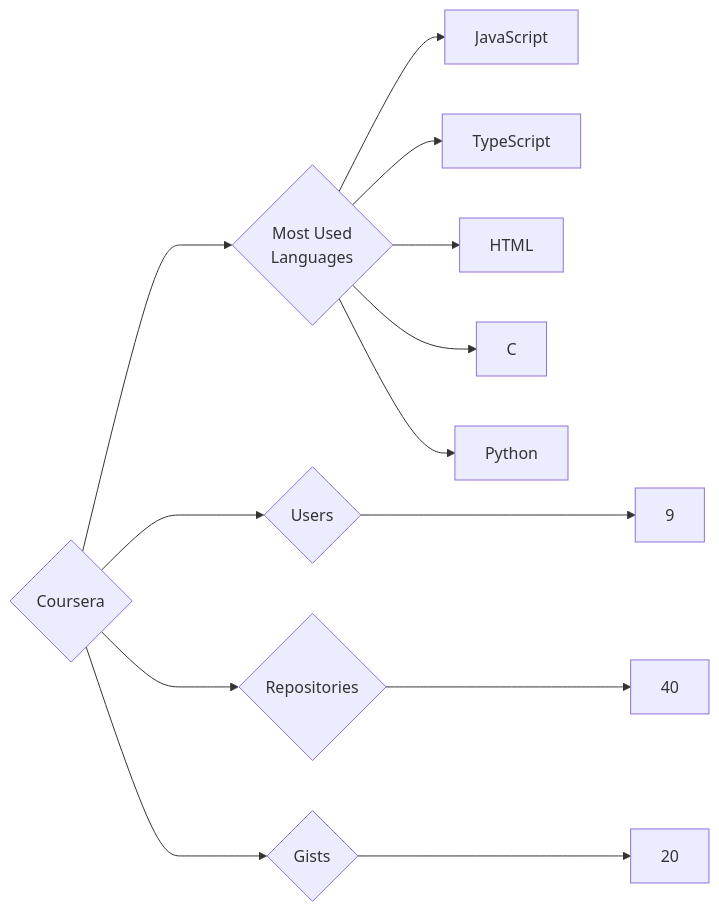
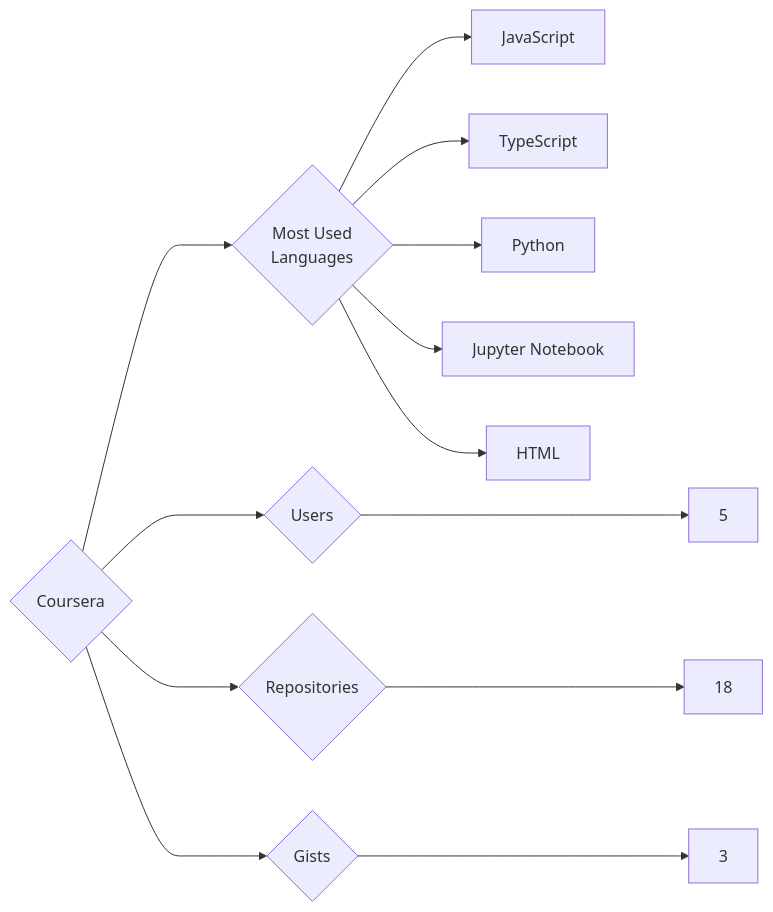
The diagram in targets/Coursera/README.md (trickest/insiders), drawn with Mermaid before and after one commit. The commit also changed 860 other files, not shown here.

````diff
--- a/targets/Coursera/README.md
+++ b/targets/Coursera/README.md
@@ -3,13 +3,13 @@
 ```mermaid
 graph LR
 COMPANY_NAME{Coursera}
-COMPANY_NAME ---> U{Users} ---> UN[9]
-COMPANY_NAME ---> R{Repositories} ---> RN[40]
-COMPANY_NAME ---> G{Gists} ---> GN[20]
+COMPANY_NAME ---> U{Users} ---> UN[5]
+COMPANY_NAME ---> R{Repositories} ---> RN[18]
+COMPANY_NAME ---> G{Gists} ---> GN[3]
 COMPANY_NAME ---> ML{Most Used<br>Languages}
 ML --> JavaScript[JavaScript]
 ML --> TypeScript[TypeScript]
+ML --> Python[Python]
+ML --> Jupyter_Notebook[Jupyter Notebook]
 ML --> HTML[HTML]
-ML --> C[C]
-ML --> Python[Python]
 ```
````
